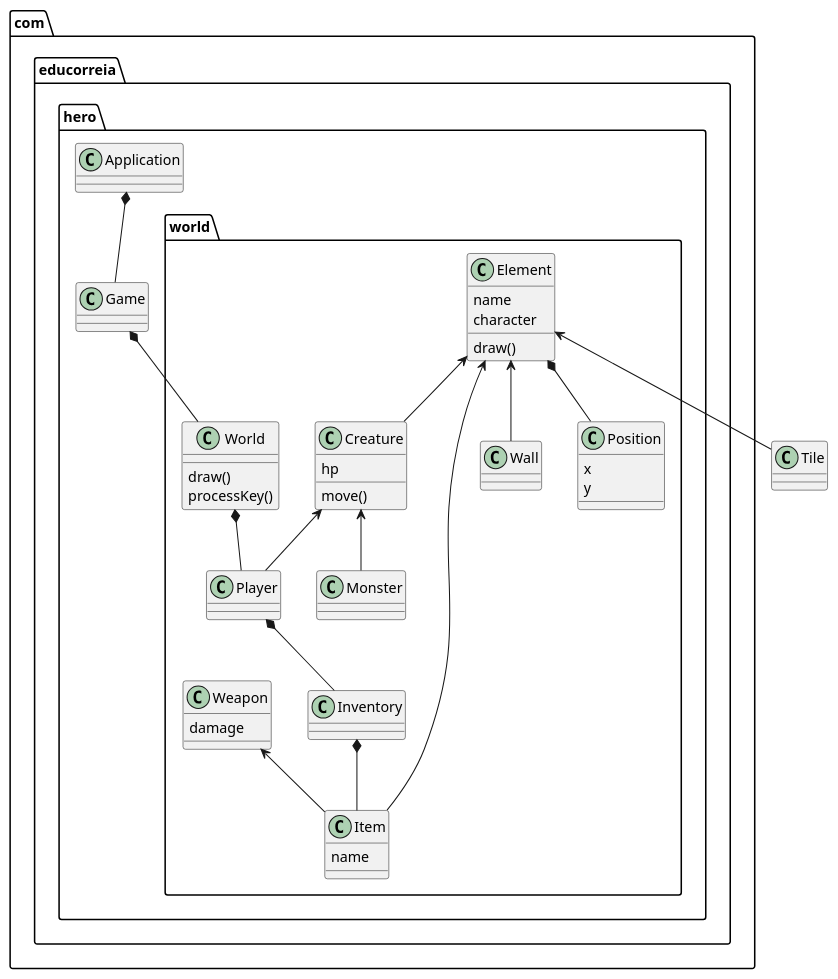
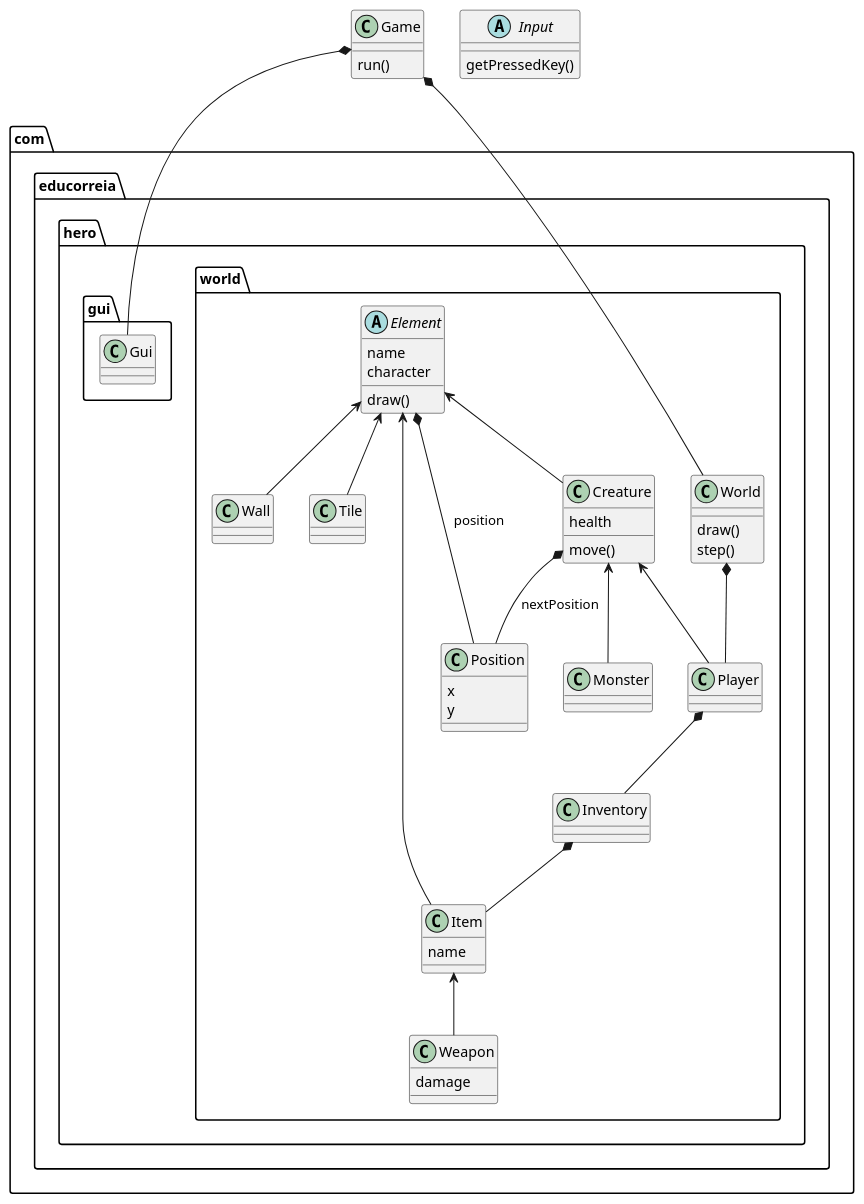
One commit to Educorreia932/FEUP-LPOO changed the diagram in uml.puml. Above: the diagram before and after it, drawn with PlantUML. The commit also changed 9 other files, not shown here.

```diff
--- a/uml.puml
+++ b/uml.puml
@@ -1,55 +1,70 @@
 @startuml hero
 
-class com.educorreia.hero.world.World {
-    draw()
-    processKey()
+class Game {
+    run()
 }
 
-class com.educorreia.hero.world.Position {
-    x
-    y
+abstract class Input {
+    getPressedKey()
 }
 
-class com.educorreia.hero.world.Element {
-    name
-    character
+package com.educorreia.hero.world {
+    class World {
+        draw()
+        step()
+    }
 
-    draw()
+    class Position {
+        x
+        y
+    }
+
+    abstract class Element {
+        name
+        character
+
+        draw()
+    }
+
+    class Creature {
+        health
+        
+        move()
+    }
+
+    class Weapon {
+        damage
+    }
+
+    class Item {
+        name
+    }
+
+    Creature <-- Player
+    Creature <-- Monster
+    Creature *-- Position : nextPosition
+
+    World *-- Player
+
+    Element <-- Creature
+    Element <-- Item
+    Element <-- Wall
+
+    Element <-- Tile
+    Element *-- Position : position
+
+    Player *-- Inventory
+
+    Inventory *-- Item
+
+    Item <-- Weapon
 }
 
-class com.educorreia.hero.world.Creature {
-    hp 
-    
-    move()
+package com.educorreia.hero.gui {
+    class Gui
 }
 
-class com.educorreia.hero.world.Weapon {
-    damage
-}
-
-class com.educorreia.hero.world.Item {
-    name
-}
-
-com.educorreia.hero.Application *-- com.educorreia.hero.Game
-
-com.educorreia.hero.Game *-- com.educorreia.hero.world.World
-
-com.educorreia.hero.world.World *-- com.educorreia.hero.world.Player
-
-com.educorreia.hero.world.Element <-- com.educorreia.hero.world.Creature
-com.educorreia.hero.world.Element <-- com.educorreia.hero.world.Item
-com.educorreia.hero.world.Element <-- com.educorreia.hero.world.Wall
-com.educorreia.hero.world.Element <-- Tile
-com.educorreia.hero.world.Element *-- com.educorreia.hero.world.Position
-
-com.educorreia.hero.world.Creature <-- com.educorreia.hero.world.Player
-com.educorreia.hero.world.Creature <-- com.educorreia.hero.world.Monster
-
-com.educorreia.hero.world.Player *-- com.educorreia.hero.world.Inventory
-
-com.educorreia.hero.world.Inventory *-- com.educorreia.hero.world.Item
-
-com.educorreia.hero.world.Weapon <-- com.educorreia.hero.world.Item
+Game *-- Gui
+Game *-- World
 
 @enduml
```
